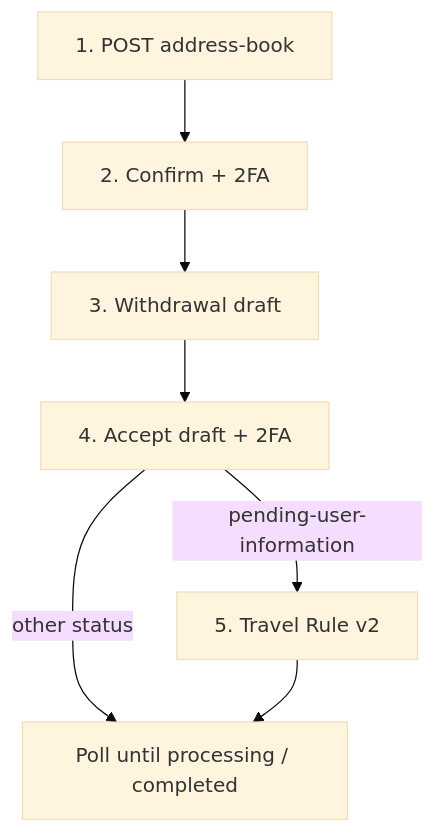
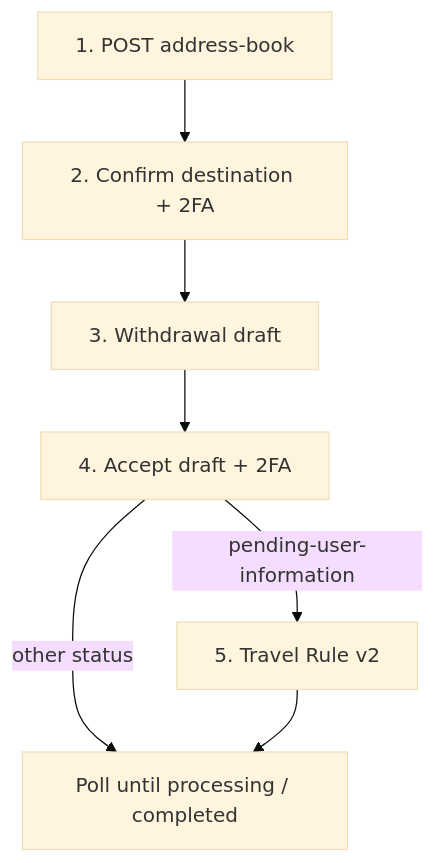
The diagram in partner/withdrawals-address-book.mdx (api-commits/docs), drawn with Mermaid (base theme) before and after one commit. The commit also changed other lines of this file and 36 other files, not shown here.

````diff
--- a/partner/withdrawals-address-book.mdx
+++ b/partner/withdrawals-address-book.mdx
@@ -12,9 +23,9 @@
 ```mermaid
 flowchart TD
-  A[1. POST address-book] --> B[2. Confirm + 2FA]
+  A[1. POST address-book] --> B[2. Confirm destination + 2FA]
   B --> C[3. Withdrawal draft]
   C --> D[4. Accept draft + 2FA]
   D -->|pending-user-information| E[5. Travel Rule v2]
   D -->|other status| F[Poll until processing / completed]
   E --> F
 ```
````
